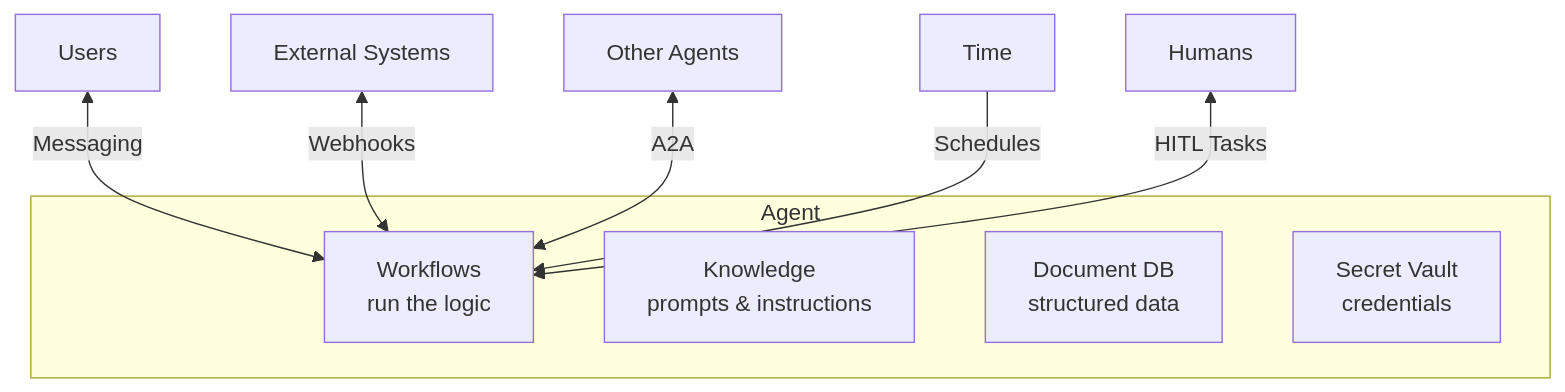
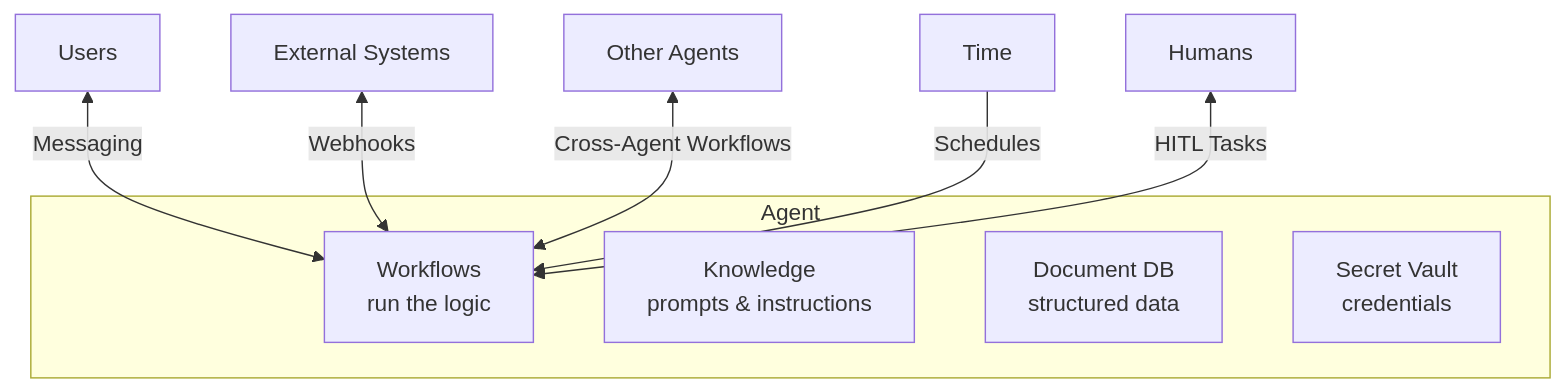
One commit to XiansAiPlatform/XiansAi.Docs changed the first of 2 diagrams in docs/concepts/overview.md. Above: the diagram before and after it, drawn with Mermaid. The commit also changed other lines of this file and 4 other files, not shown here.

Commit message:
Update documentation to replace "A2A" terminology with "Cross-Agent Workflows" across multiple files, enhancing clarity on agent collaboration and workflow interactions. Revise diagrams and descriptions to reflect this change, ensuring consistency in terminology throughout the documentation.

````diff
--- a/docs/concepts/overview.md
+++ b/docs/concepts/overview.md
@@ -9,14 +9,14 @@
 ```mermaid
 graph TB
     subgraph Agent
         W[Workflows<br/>run the logic]
         K[Knowledge<br/>prompts & instructions]
         D[Document DB<br/>structured data]
         S[Secret Vault<br/>credentials]
     end
     U[Users] <-->|Messaging| W
     E[External Systems] <-->|Webhooks| W
-    O[Other Agents] <-->|A2A| W
+    O[Other Agents] <-->|Cross-Agent Workflows| W
     T[Time] -->|Schedules| W
     H[Humans] <-->|HITL Tasks| W
 ```
````
